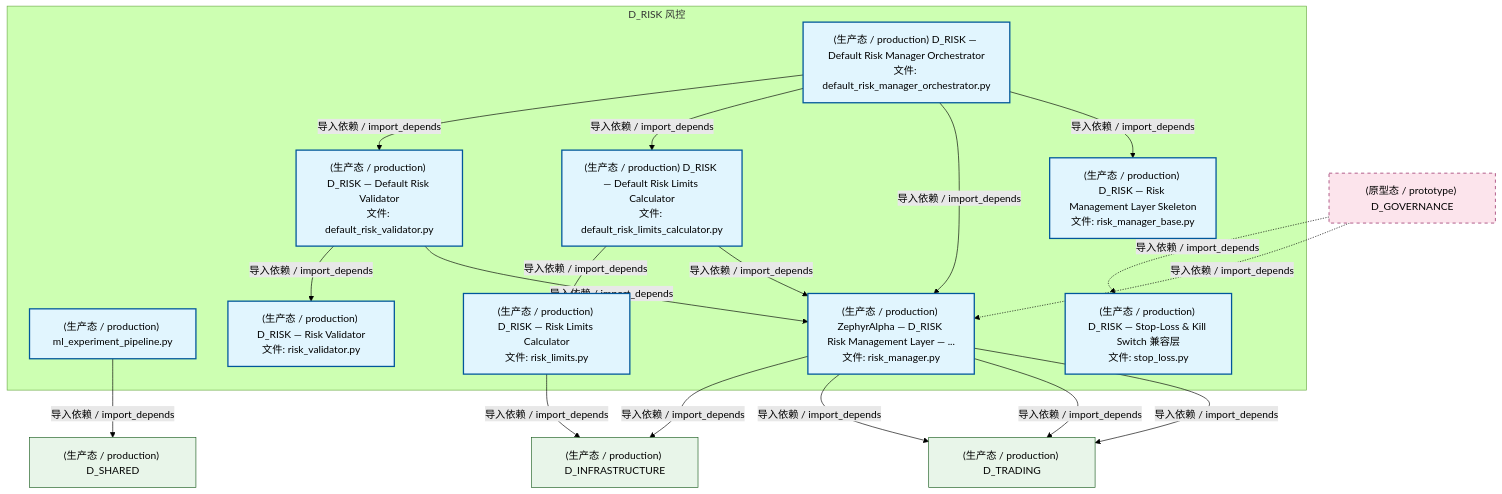
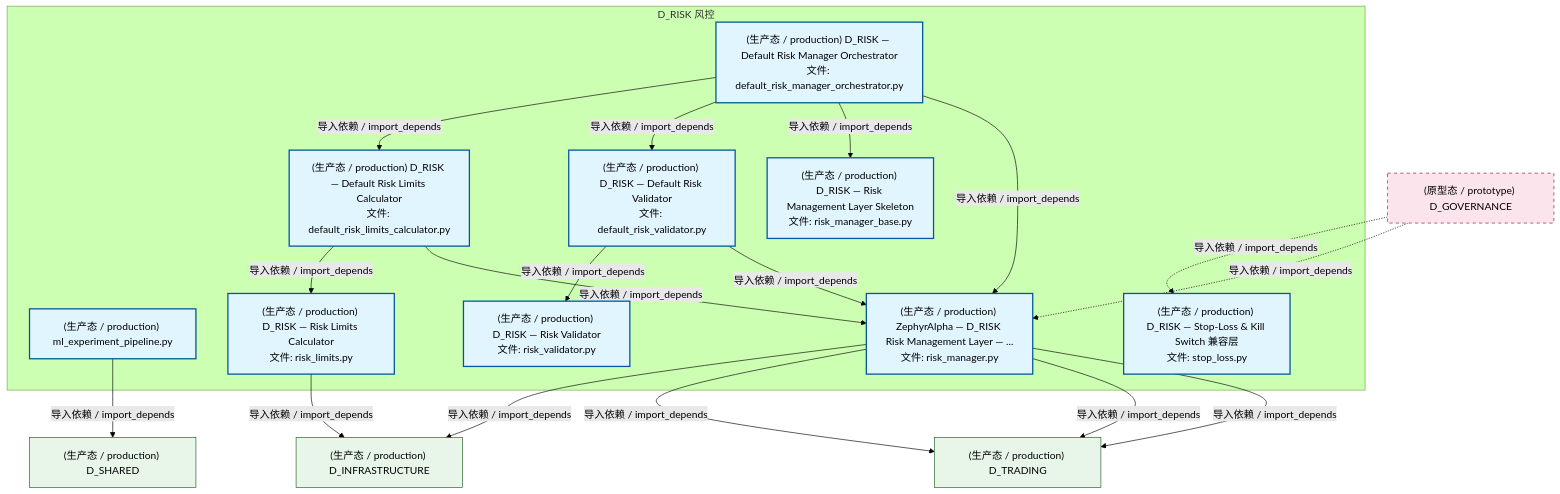
The second of 4 diagrams in docs/02_enterprise_architecture/02_domain_architecture_docs/54_d_risk.md (xuanFelixVan/ZephyrAlpha), drawn with Mermaid (forest theme) before and after one commit. The commit also changed other lines of this file and 93 other files, not shown here.

````diff
--- a/docs/02_enterprise_architecture/02_domain_architecture_docs/54_d_risk.md
+++ b/docs/02_enterprise_architecture/02_domain_architecture_docs/54_d_risk.md
@@ -133,41 +133,41 @@
 ```mermaid
 graph TD
     subgraph D_RISK["D_RISK 风控"]
         src_zephyr_risk_cross_asset_cross_market_data_adapter_ml_experiment_pipeline_py["(生产态 / production) ml_experiment_pipeline.py"]
         src_zephyr_risk_implementations_default_risk_limits_calculator_py["(生产态 / production) D_RISK — Default Risk Limits Calculator<br/>文件: default_risk_limits_calculator.py"]
         src_zephyr_risk_implementations_default_risk_manager_orchestrator_py["(生产态 / production) D_RISK — Default Risk Manager Orchestrator<br/>文件: default_risk_manager_orchestrator.py"]
         src_zephyr_risk_implementations_default_risk_validator_py["(生产态 / production) D_RISK — Default Risk Validator<br/>文件: default_risk_validator.py"]
         src_zephyr_risk_risk_limits_py["(生产态 / production) D_RISK — Risk Limits Calculator<br/>文件: risk_limits.py"]
         src_zephyr_risk_risk_manager_py["(生产态 / production) ZephyrAlpha — D_RISK Risk Management Layer — ...<br/>文件: risk_manager.py"]
         src_zephyr_risk_risk_manager_base_py["(生产态 / production) D_RISK — Risk Management Layer Skeleton<br/>文件: risk_manager_base.py"]
         src_zephyr_risk_risk_validator_py["(生产态 / production) D_RISK — Risk Validator<br/>文件: risk_validator.py"]
         src_zephyr_risk_stop_loss_py["(生产态 / production) D_RISK — Stop-Loss & Kill Switch 兼容层<br/>文件: stop_loss.py"]
     end
+    src_zephyr_risk_implementations_default_risk_manager_orchestrator_py -->|导入依赖 / import_depends| src_zephyr_risk_risk_manager_py
+    src_zephyr_risk_implementations_default_risk_manager_orchestrator_py -->|导入依赖 / import_depends| src_zephyr_risk_risk_manager_base_py
+    src_zephyr_risk_implementations_default_risk_manager_orchestrator_py -->|导入依赖 / import_depends| src_zephyr_risk_implementations_default_risk_validator_py
+    src_zephyr_risk_implementations_default_risk_manager_orchestrator_py -->|导入依赖 / import_depends| src_zephyr_risk_implementations_default_risk_limits_calculator_py
+    src_zephyr_risk_implementations_default_risk_validator_py -->|导入依赖 / import_depends| src_zephyr_risk_risk_manager_py
+    src_zephyr_risk_implementations_default_risk_validator_py -->|导入依赖 / import_depends| src_zephyr_risk_risk_validator_py
     src_zephyr_risk_implementations_default_risk_limits_calculator_py -->|导入依赖 / import_depends| src_zephyr_risk_risk_manager_py
     src_zephyr_risk_implementations_default_risk_limits_calculator_py -->|导入依赖 / import_depends| src_zephyr_risk_risk_limits_py
-    src_zephyr_risk_implementations_default_risk_validator_py -->|导入依赖 / import_depends| src_zephyr_risk_risk_manager_py
-    src_zephyr_risk_implementations_default_risk_validator_py -->|导入依赖 / import_depends| src_zephyr_risk_risk_validator_py
-    src_zephyr_risk_implementations_default_risk_manager_orchestrator_py -->|导入依赖 / import_depends| src_zephyr_risk_risk_manager_base_py
-    src_zephyr_risk_implementations_default_risk_manager_orchestrator_py -->|导入依赖 / import_depends| src_zephyr_risk_risk_manager_py
-    src_zephyr_risk_implementations_default_risk_manager_orchestrator_py -->|导入依赖 / import_depends| src_zephyr_risk_implementations_default_risk_limits_calculator_py
-    src_zephyr_risk_implementations_default_risk_manager_orchestrator_py -->|导入依赖 / import_depends| src_zephyr_risk_implementations_default_risk_validator_py
     D_TRADING["(生产态 / production) D_TRADING"]
     src_zephyr_risk_risk_manager_py -->|导入依赖 / import_depends| D_TRADING
     D_INFRASTRUCTURE["(生产态 / production) D_INFRASTRUCTURE"]
     src_zephyr_risk_risk_limits_py -->|导入依赖 / import_depends| D_INFRASTRUCTURE
     src_zephyr_risk_risk_manager_py -->|导入依赖 / import_depends| D_TRADING
     src_zephyr_risk_risk_manager_py -->|导入依赖 / import_depends| D_TRADING
     src_zephyr_risk_risk_manager_py -->|导入依赖 / import_depends| D_INFRASTRUCTURE
     D_SHARED["(生产态 / production) D_SHARED"]
     src_zephyr_risk_cross_asset_cross_market_data_adapter_ml_experiment_pipeline_py -->|导入依赖 / import_depends| D_SHARED
     D_GOVERNANCE["(原型态 / prototype) D_GOVERNANCE"]
     D_GOVERNANCE -.->|导入依赖 / import_depends| src_zephyr_risk_risk_manager_py
     D_GOVERNANCE -.->|导入依赖 / import_depends| src_zephyr_risk_stop_loss_py
     classDef production fill:#e1f5fe,stroke:#01579b,stroke-width:2px,color:#000
     classDef design fill:#fff3e0,stroke:#e65100,stroke-width:2px,color:#000,stroke-dasharray: 5 5
     classDef external_prod fill:#e8f5e9,stroke:#1b5e20,stroke-width:1px,color:#000
     classDef external_design fill:#fce4ec,stroke:#880e4f,stroke-width:1px,color:#000,stroke-dasharray: 5 5
     class src_zephyr_risk_cross_asset_cross_market_data_adapter_ml_experiment_pipeline_py,src_zephyr_risk_implementations_default_risk_limits_calculator_py,src_zephyr_risk_implementations_default_risk_manager_orchestrator_py,src_zephyr_risk_implementations_default_risk_validator_py,src_zephyr_risk_risk_limits_py,src_zephyr_risk_risk_manager_py,src_zephyr_risk_risk_manager_base_py,src_zephyr_risk_risk_validator_py,src_zephyr_risk_stop_loss_py production
     class D_TRADING,D_INFRASTRUCTURE,D_SHARED external_prod
     class D_GOVERNANCE external_design
 ```
````
